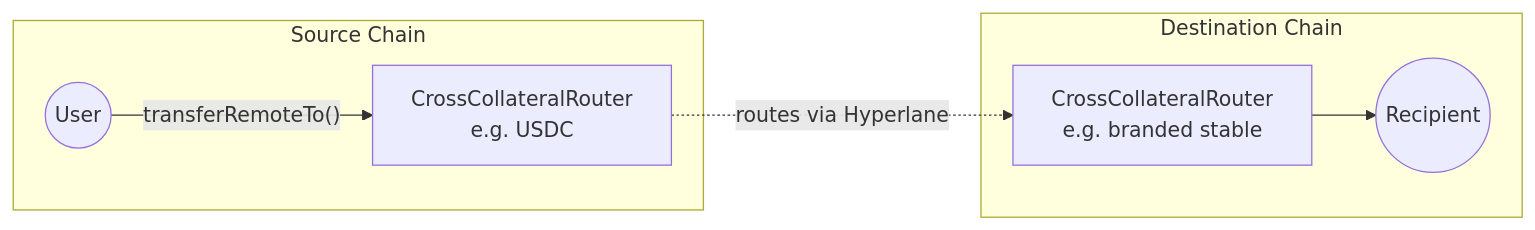
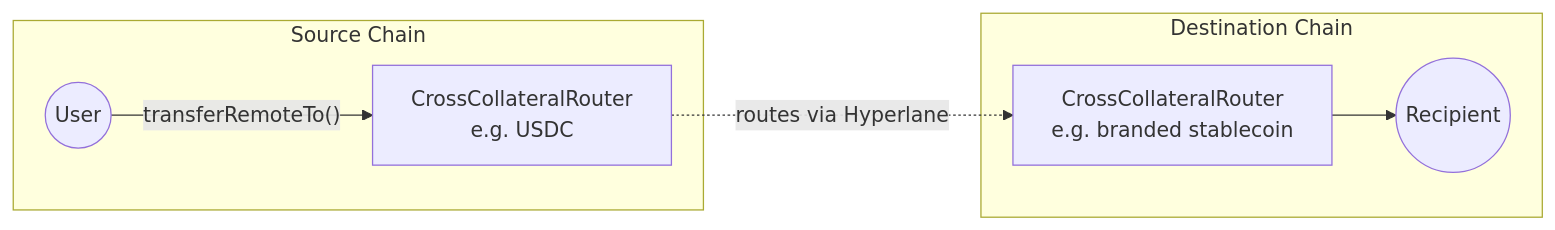
One commit to hyperlane-xyz/v4-docs changed the diagram in docs/applications/stablelane/overview.mdx. Above: the diagram before and after it, drawn with Mermaid. The commit also changed other lines of this file and 1 other file, not shown here.

First line of the commit message:
docs: address PR review on StableLane overview

````diff
--- a/docs/applications/stablelane/overview.mdx
+++ b/docs/applications/stablelane/overview.mdx
@@ -72,14 +72,14 @@
 ```mermaid
 flowchart LR
     subgraph source["Source Chain"]
         U((User))
         SR["CrossCollateralRouter<br/>e.g. USDC"]
     end
     subgraph destination["Destination Chain"]
-        DR["CrossCollateralRouter<br/>e.g. branded stable"]
+        DR["CrossCollateralRouter<br/>e.g. branded stablecoin"]
         R((Recipient))
     end
     U -- "transferRemoteTo()" --> SR
     SR -. "routes via Hyperlane" .-> DR
     DR --> R
 ```
````
